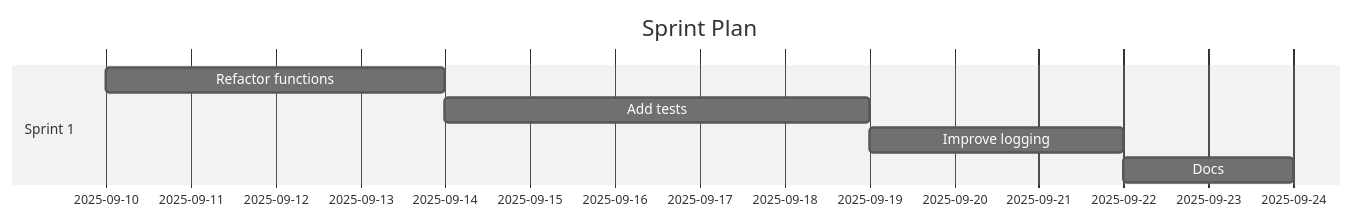
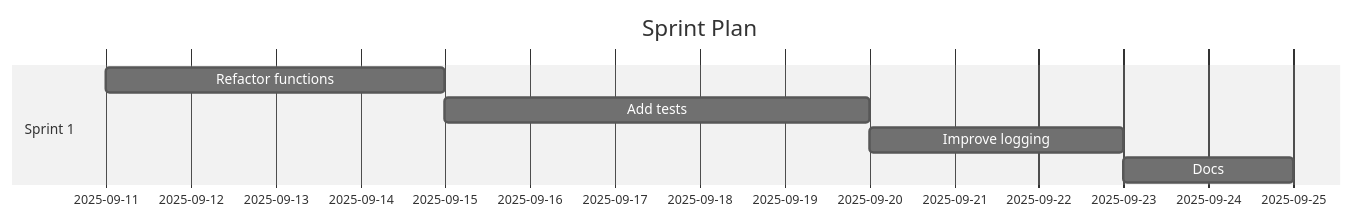
One commit to Anselmoo/mcp-ai-agent-guidelines changed the diagram in demos/demo-code-analysis.sprint.md. Above: the diagram before and after it, drawn with Mermaid (neutral theme). The commit also changed other lines of this file and 16 other files, not shown here.

````diff
--- a/demos/demo-code-analysis.sprint.md
+++ b/demos/demo-code-analysis.sprint.md
@@ -58,11 +58,11 @@
 ```mermaid
 gantt
 	dateFormat  YYYY-MM-DD
 	title Sprint Plan
 %% Accessibility: Title=Project Sprint Plan; Description=Gantt chart of sprints and tasks over time. %%
   section Sprint 1
-  Refactor functions :s1t0, 2025-09-10, 4d
-  Add tests :s1t1, 2025-09-14, 5d
-  Improve logging :s1t2, 2025-09-19, 3d
-  Docs :s1t3, 2025-09-22, 2d
+  Refactor functions :s1t0, 2025-09-11, 4d
+  Add tests :s1t1, 2025-09-15, 5d
+  Improve logging :s1t2, 2025-09-20, 3d
+  Docs :s1t3, 2025-09-23, 2d
 ```
````
